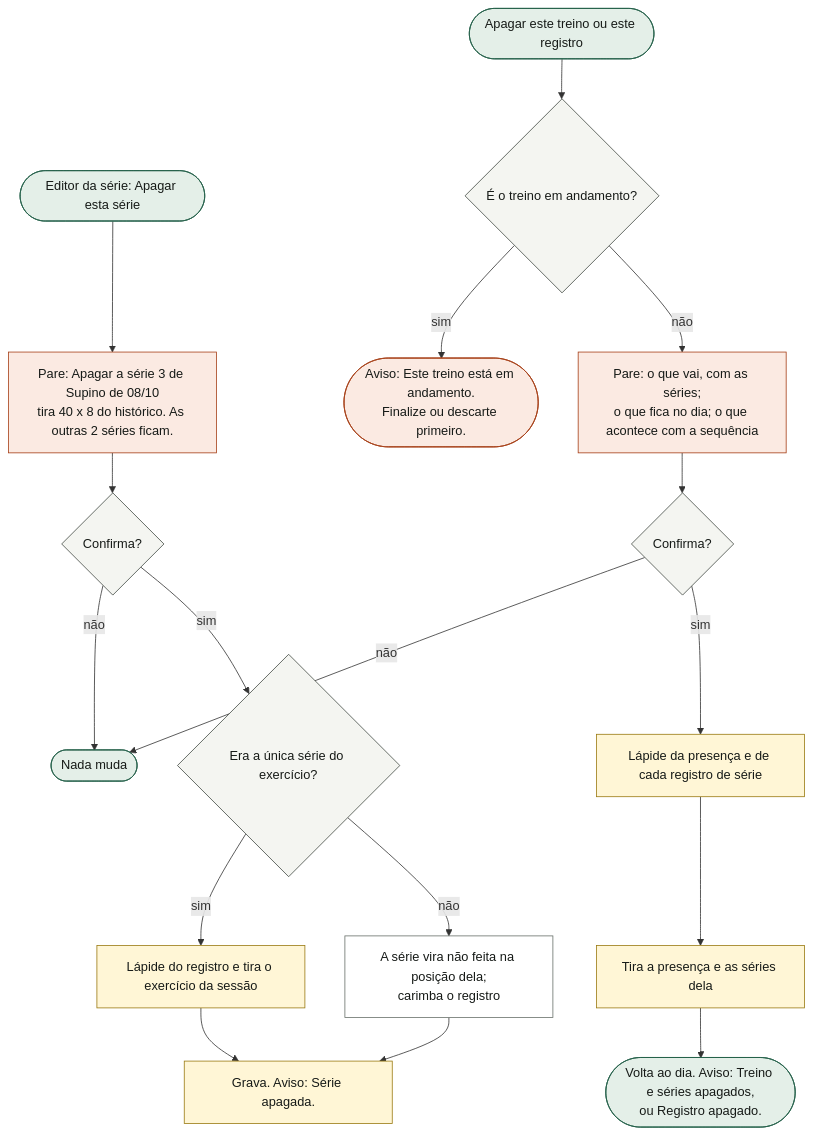
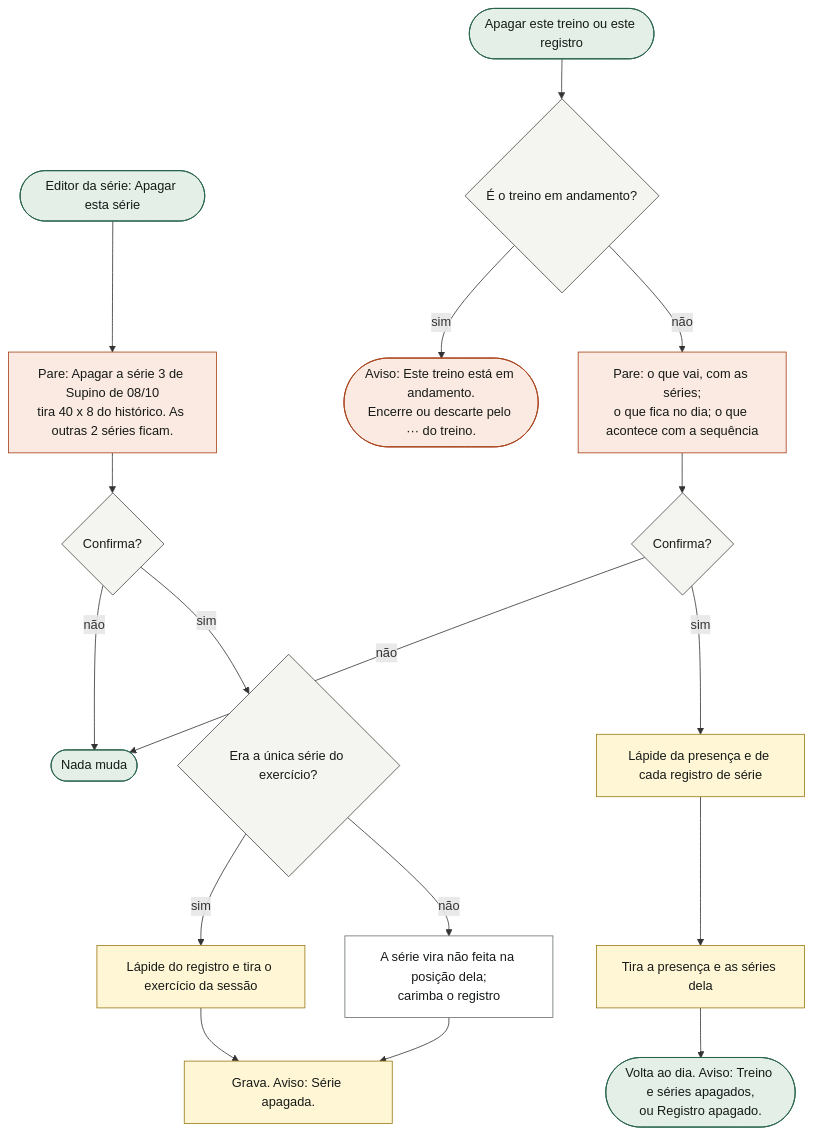
Diagram 13 of 17 in docs/mapa/11-dias.md (eduardogenes/lastro-app), drawn with Mermaid before and after one commit. The commit also changed 7 other files, not shown here.

````diff
--- a/docs/mapa/11-dias.md
+++ b/docs/mapa/11-dias.md
@@ -621,41 +621,41 @@
 ```mermaid
 flowchart TD
   X1(["Editor da série: Apagar esta série"])
   X2["Pare: Apagar a série 3 de Supino de 08/10<br/>tira 40 x 8 do histórico. As outras 2 séries ficam."]
   X3{"Confirma?"}
   X4(["Nada muda"])
   X5{"Era a única série do exercício?"}
   X6["Lápide do registro e tira o exercício da sessão"]
   X7["A série vira não feita na posição dela;<br/>carimba o registro"]
   X8["Grava. Aviso: Série apagada."]
   Y1(["Apagar este treino ou este registro"])
   Y2{"É o treino em andamento?"}
-  Y3(["Aviso: Este treino está em andamento.<br/>Finalize ou descarte primeiro."])
+  Y3(["Aviso: Este treino está em andamento.<br/>Encerre ou descarte pelo ··· do treino."])
   Y4["Pare: o que vai, com as séries;<br/>o que fica no dia; o que acontece com a sequência"]
   Y5{"Confirma?"}
   Y6["Lápide da presença e de cada registro de série"]
   Y7["Tira a presença e as séries dela"]
   Y8(["Volta ao dia. Aviso: Treino e séries apagados,<br/>ou Registro apagado."])
 
   X1 --> X2 --> X3
   X3 -->|"não"| X4
   X3 -->|"sim"| X5
   X5 -->|"sim"| X6 --> X8
   X5 -->|"não"| X7 --> X8
   Y1 --> Y2
   Y2 -->|"sim"| Y3
   Y2 -->|"não"| Y4 --> Y5
   Y5 -->|"não"| X4
   Y5 -->|"sim"| Y6 --> Y7 --> Y8
 
   classDef tela fill:#E4EFE8,stroke:#24604A,color:#161A17
   classDef acao fill:#FFFFFF,stroke:#69716B,color:#161A17
   classDef dado fill:#FFF6D6,stroke:#9A7A12,color:#161A17
   classDef erro fill:#FBEAE2,stroke:#A63F17,color:#161A17
   classDef decisao fill:#F4F5F1,stroke:#434B45,color:#161A17
   class X1,X4,Y1,Y8 tela
   class X7 acao
   class X6,X8,Y6,Y7 dado
   class X2,Y3,Y4 erro
   class X3,X5,Y2,Y5 decisao
 ```
````
